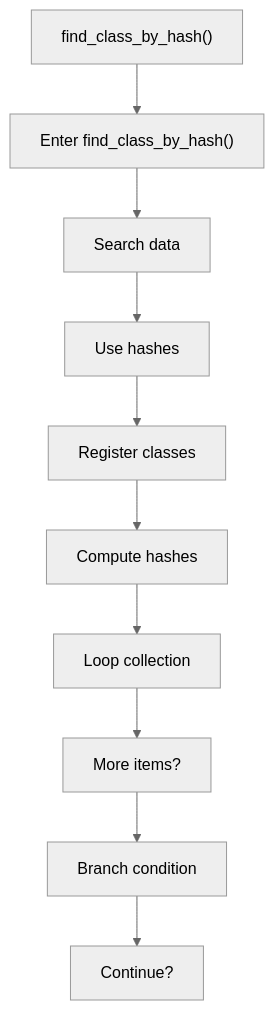
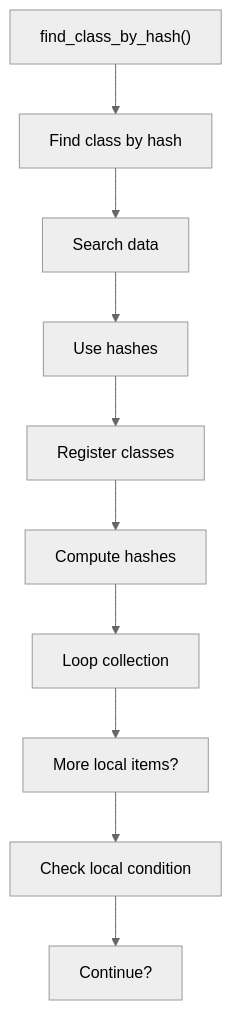
Before and after one commit to JohnAndrewBalbarosa/NeoTerritory: the first of 2 diagrams in docs/Codebase/Microservice/Modules/Source/Analysis/ImplementationUse/Resolution/Symbols/Query/Flow/functions/find_class_by_hash.cpp.md, drawn with Mermaid (neutral theme). The commit also changed other lines of this file and 925 other files, not shown here.

````diff
--- a/docs/Codebase/Microservice/Modules/Source/Analysis/ImplementationUse/Resolution/Symbols/Query/Flow/functions/find_class_by_hash.cpp.md
+++ b/docs/Codebase/Microservice/Modules/Source/Analysis/ImplementationUse/Resolution/Symbols/Query/Flow/functions/find_class_by_hash.cpp.md
@@ -28,22 +28,22 @@
 ```mermaid
 flowchart TD
     N0["find_class_by_hash()"]
-    N1["Enter find_class_by_hash()"]
+    N1["Find class by hash"]
     N2["Search data"]
     N3["Use hashes"]
     N4["Register classes"]
     N5["Compute hashes"]
     N6["Loop collection"]
-    N7["More items?"]
-    N8["Branch condition"]
+    N7["More local items?"]
+    N8["Check local condition"]
     N9["Continue?"]
     N0 --> N1
     N1 --> N2
     N2 --> N3
     N3 --> N4
     N4 --> N5
     N5 --> N6
     N6 --> N7
     N7 --> N8
     N8 --> N9
 ```
````
